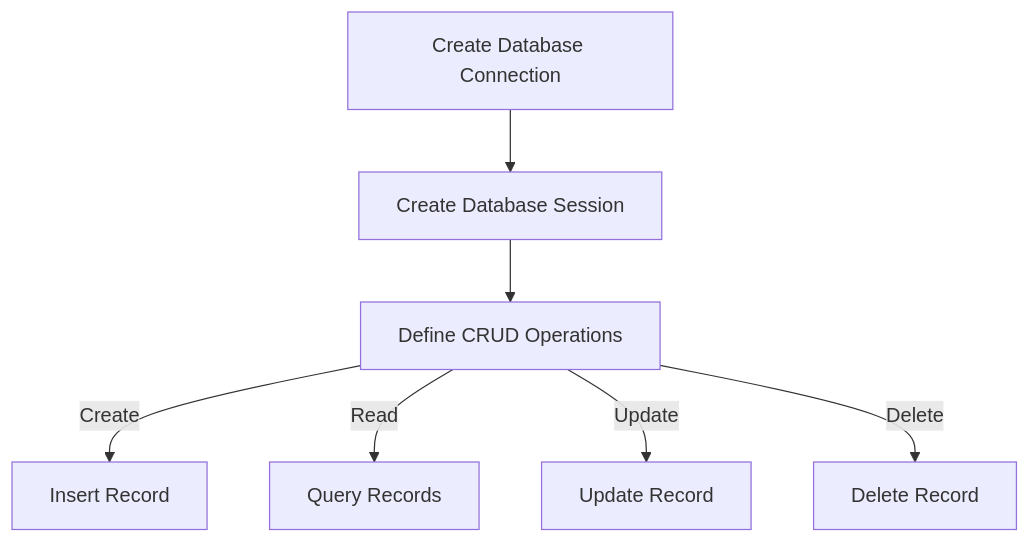
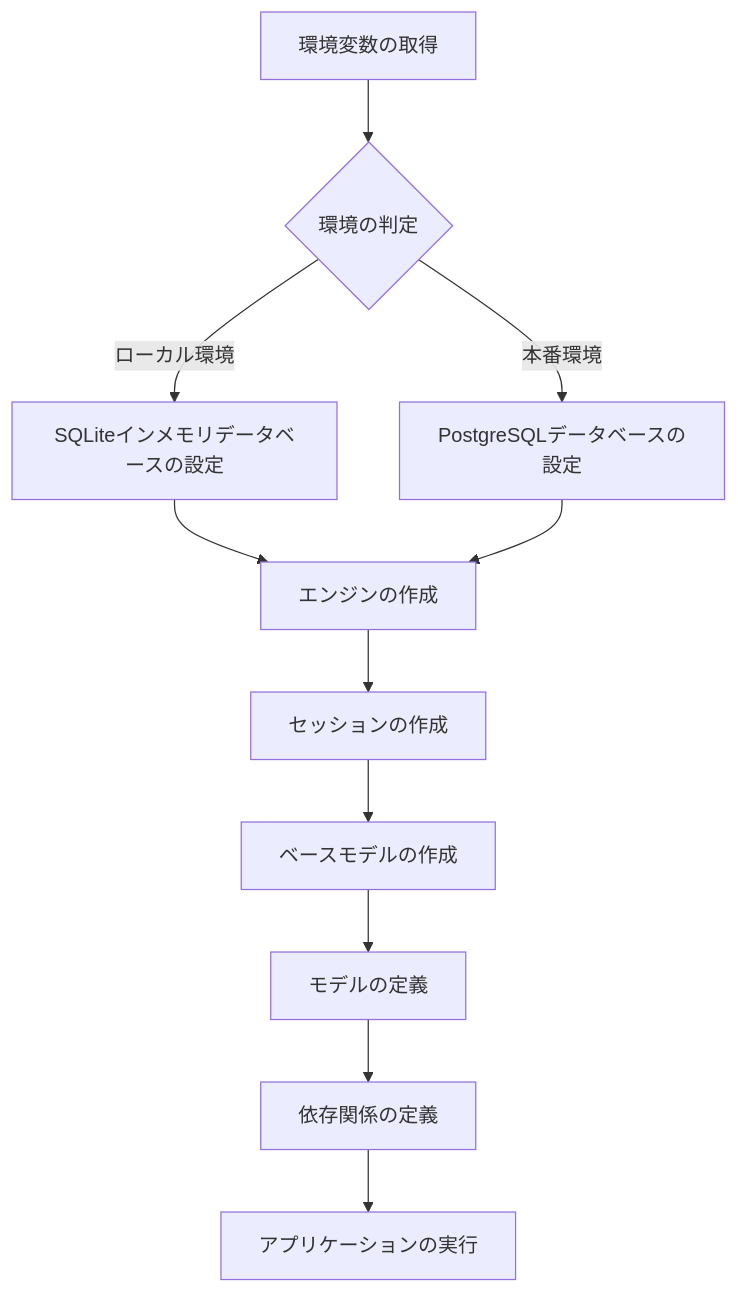
One commit to Rayoo-Nakano/InventoryAllocation changed the ninth of 9 diagrams in Backend/InventoryAllocation_ProgramDesige.md. Above: the diagram before and after it, drawn with Mermaid. The commit also changed other lines of this file and 3 other files, not shown here.

````diff
--- a/Backend/InventoryAllocation_ProgramDesige.md
+++ b/Backend/InventoryAllocation_ProgramDesige.md
@@ -730,9 +665,13 @@
 ```mermaid
 graph TD
-    A[Create Database Connection] --> B[Create Database Session]
-    B --> C[Define CRUD Operations]
-    C --> |Create| D[Insert Record]
-    C --> |Read| E[Query Records]
-    C --> |Update| F[Update Record]
-    C --> |Delete| G[Delete Record]
+    A[環境変数の取得] --> B{環境の判定}
+    B -->|ローカル環境| C[SQLiteインメモリデータベースの設定]
+    B -->|本番環境| D[PostgreSQLデータベースの設定]
+    C --> E[エンジンの作成]
+    D --> E
+    E --> F[セッションの作成]
+    F --> G[ベースモデルの作成]
+    G --> H[モデルの定義]
+    H --> I[依存関係の定義]
+    I --> J[アプリケーションの実行]
 ```
````
